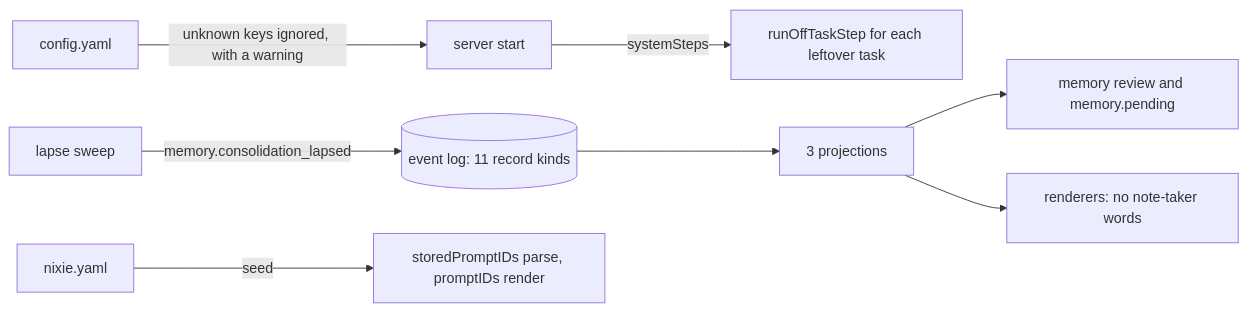
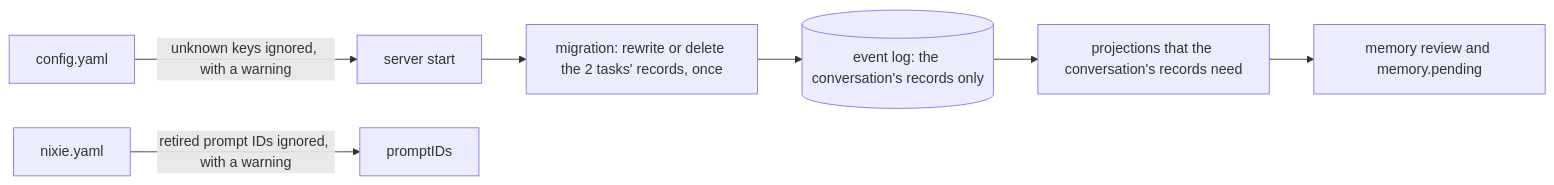
The diagram in docs/design/queue/no-built-in-memory-tasks.md (zgeoff/nixie), drawn with Mermaid before and after one commit. The commit also changed other lines of this file and 18 other files, not shown here.

First line of the commit message:
fix(memory): rewrite the memory tasks' records as the conversation's (#1099)

````diff
--- a/docs/design/queue/no-built-in-memory-tasks.md
+++ b/docs/design/queue/no-built-in-memory-tasks.md
@@ -28,10 +27,9 @@
 ```mermaid
 flowchart LR
   config[config.yaml] -->|unknown keys ignored, with a warning| start[server start]
-  start -->|systemSteps| off[runOffTaskStep for each leftover task]
-  log[(event log: 11 record kinds)] --> proj[3 projections]
+  start --> migration[migration: rewrite or delete the 2 tasks' records, once]
+  migration --> log[(event log: the conversation's records only)]
+  log --> proj[projections that the conversation's records need]
   proj --> review[memory review and memory.pending]
-  proj --> render[renderers: no note-taker words]
-  sweep[lapse sweep] -->|memory.consolidation_lapsed| log
-  manifest[nixie.yaml] -->|seed| prompts[storedPromptIDs parse, promptIDs render]
+  manifest[nixie.yaml] -->|retired prompt IDs ignored, with a warning| prompts[promptIDs]
 ```
````
